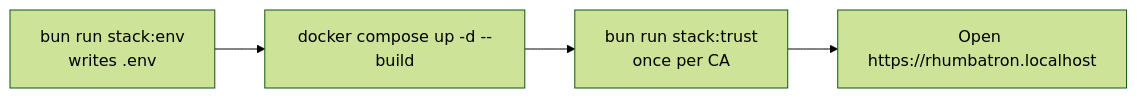
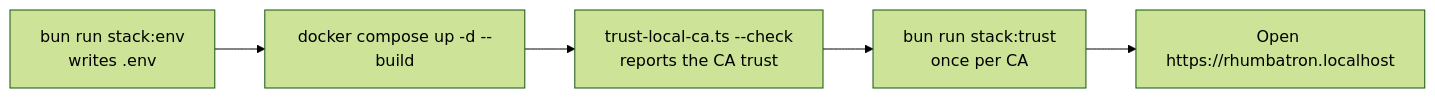
One commit to nsudhanva/rhumbatron changed the diagram in docs/operations/local-stack.md. Above: the diagram before and after it, drawn with Mermaid (forest theme). The commit also changed other lines of this file and 55 other files, not shown here.

First line of the commit message:
feat(integration): the browser check uses every UI Candidate like a person, and docs state the stack

````diff
--- a/docs/operations/local-stack.md
+++ b/docs/operations/local-stack.md
@@ -28,6 +29,7 @@
 ```mermaid
 flowchart LR
   env[bun run stack:env<br/>writes .env] --> up[docker compose up -d --build]
-  up --> trust[bun run stack:trust<br/>once per CA]
+  up --> check[trust-local-ca.ts --check<br/>reports the CA trust]
+  check --> trust[bun run stack:trust<br/>once per CA]
   trust --> open[Open https://rhumbatron.localhost]
 ```
````
